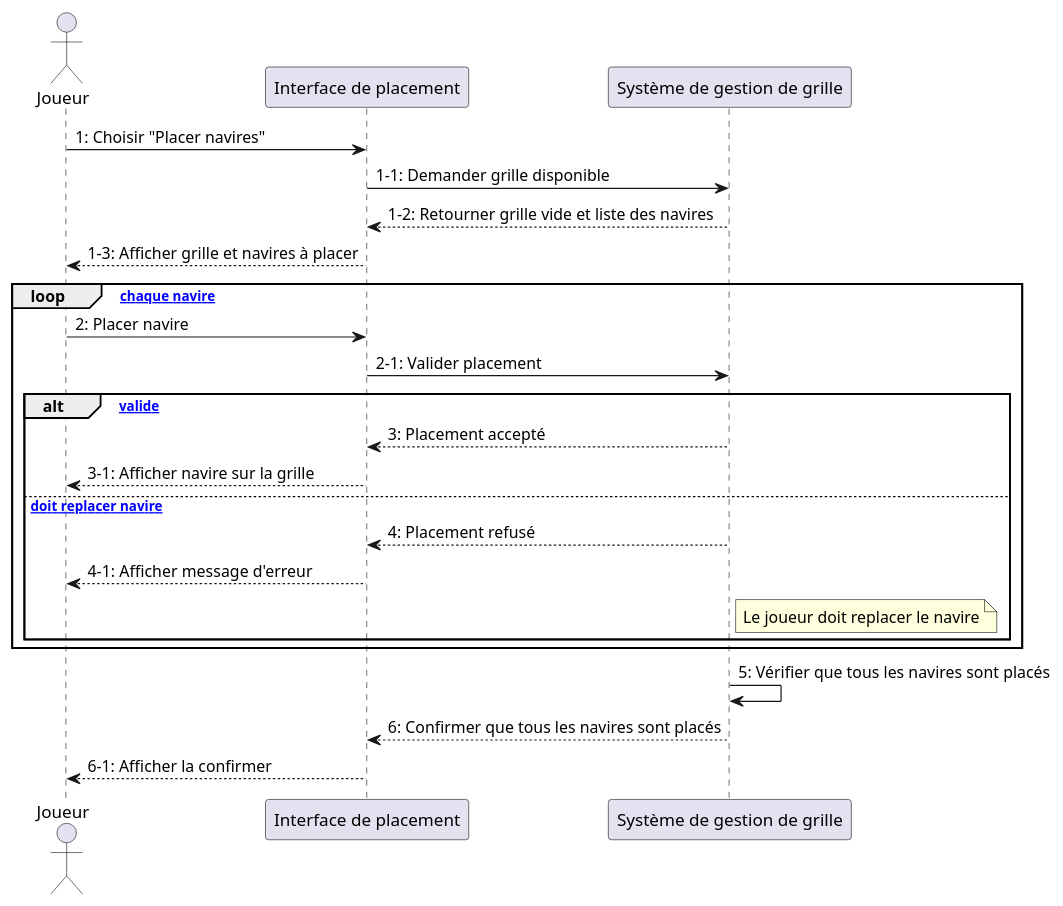
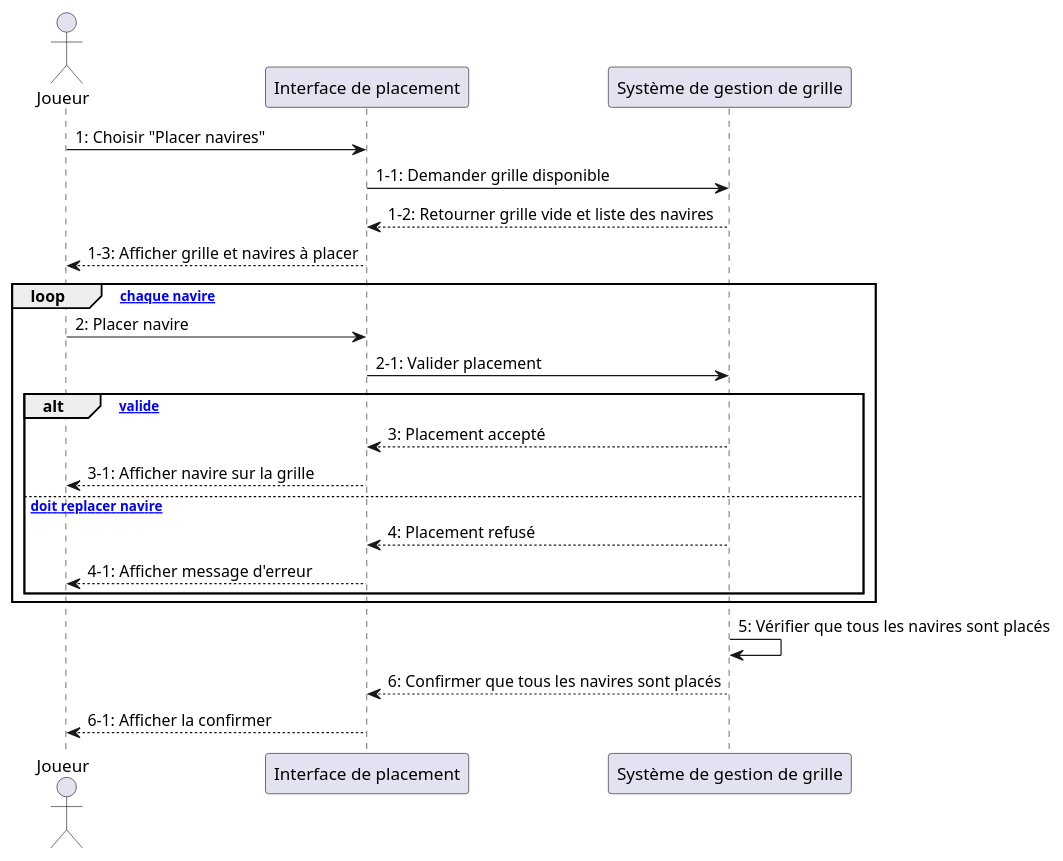
Before and after one commit to Al5uke/equipe9-inf5153-bataille-navale: the diagram in _models/sequence_diagram_place_ships.puml, drawn with PlantUML.

Commit message:
Retrait de commentaire minime

```diff
--- a/_models/sequence_diagram_place_ships.puml
+++ b/_models/sequence_diagram_place_ships.puml
@@ -1,28 +1,27 @@
 @startuml
 actor "Joueur" as Player
 participant "Interface de placement" as UI
 participant "Système de gestion de grille" as GridSystem
 
 Player -> UI: 1: Choisir "Placer navires"
 UI -> GridSystem: 1-1: Demander grille disponible
 GridSystem --> UI: 1-2: Retourner grille vide et liste des navires
 UI --> Player: 1-3: Afficher grille et navires à placer
 
 loop [pour chaque navire]
     Player -> UI: 2: Placer navire
     UI -> GridSystem: 2-1: Valider placement
     
     alt [Placement valide]
         GridSystem --> UI: 3: Placement accepté
         UI --> Player: 3-1: Afficher navire sur la grille
     else [Joueur doit replacer navire]
         GridSystem --> UI: 4: Placement refusé
         UI --> Player: 4-1: Afficher message d'erreur
-        note right of GridSystem: Le joueur doit replacer le navire
     end
 end
 
 GridSystem -> GridSystem: 5: Vérifier que tous les navires sont placés
 GridSystem --> UI: 6: Confirmer que tous les navires sont placés
 UI --> Player: 6-1: Afficher la confirmer
 @enduml
```
